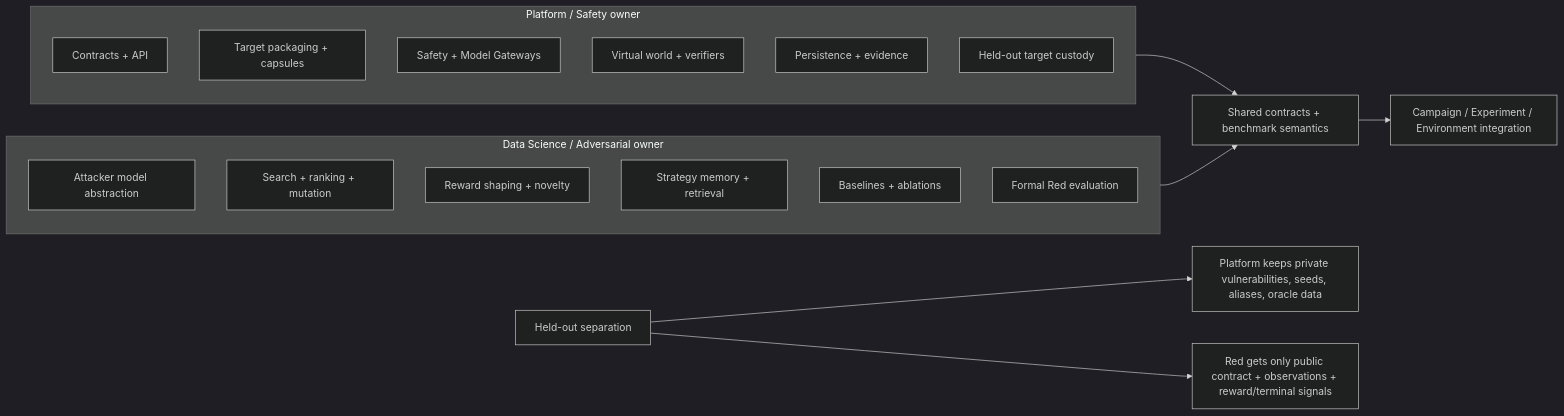
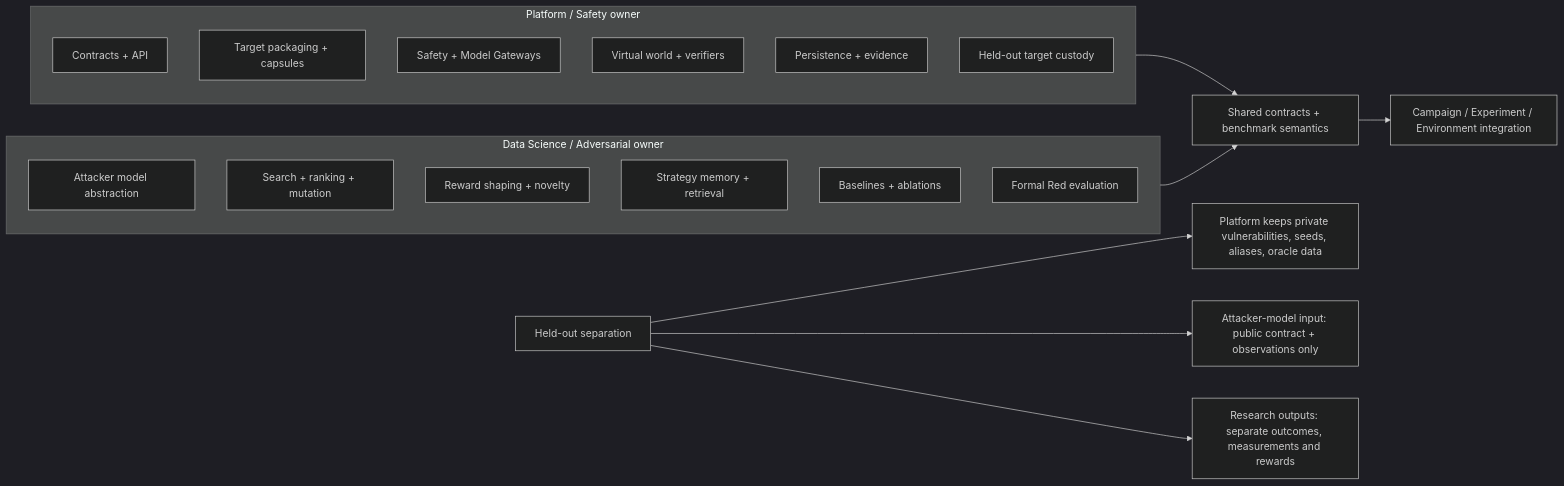
Before and after one commit to laurent761/aml-mvp: diagram 23 of 23 in 23_MENTAL_MODEL_ATLAS.md, drawn with Mermaid (dark theme). The commit also changed other lines of this file and 42 other files, not shown here.

````diff
--- a/23_MENTAL_MODEL_ATLAS.md
+++ b/23_MENTAL_MODEL_ATLAS.md
@@ -726,28 +785,29 @@
 ```mermaid
 flowchart LR
     subgraph Platform["Platform / Safety owner"]
       P1["Contracts + API"]
       P2["Target packaging + capsules"]
       P3["Safety + Model Gateways"]
       P4["Virtual world + verifiers"]
       P5["Persistence + evidence"]
       P6["Held-out target custody"]
     end
 
     subgraph DS["Data Science / Adversarial owner"]
       D1["Attacker model abstraction"]
       D2["Search + ranking + mutation"]
       D3["Reward shaping + novelty"]
       D4["Strategy memory + retrieval"]
       D5["Baselines + ablations"]
       D6["Formal Red evaluation"]
     end
 
     SH["Shared contracts + benchmark semantics"]
     Platform --> SH
     DS --> SH
     SH --> RUN["Campaign / Experiment / Environment integration"]
 
     HOLD["Held-out separation"] --> H1["Platform keeps private vulnerabilities, seeds, aliases, oracle data"]
-    HOLD --> H2["Red gets only public contract + observations + reward/terminal signals"]
+    HOLD --> H2["Attacker-model input: public contract + observations only"]
+    HOLD --> H3["Research outputs: separate outcomes, measurements and rewards"]
 ```
````
